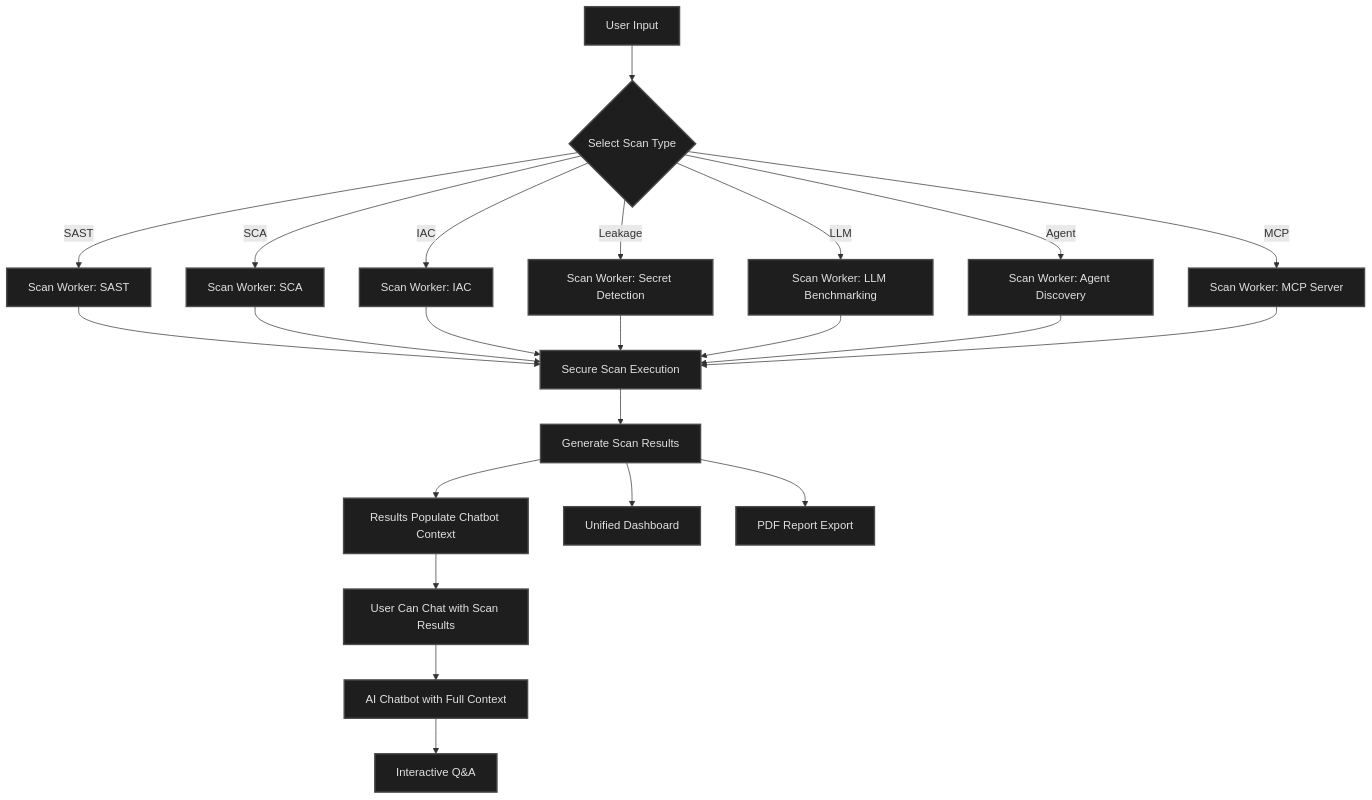
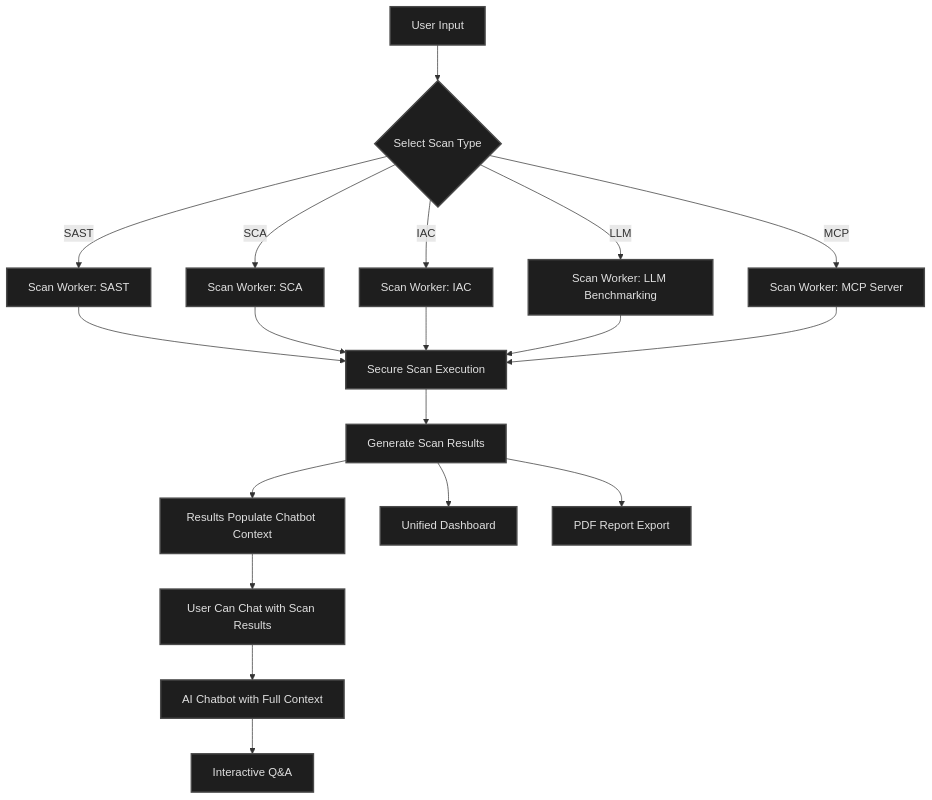
Before and after one commit to CyberUltron-Nikhil/DevSecShield-Public: the first of 4 diagrams in README.md, drawn with Mermaid. The commit also changed other lines of this file, not shown here.

````diff
--- a/README.md
+++ b/README.md
@@ -130,30 +126,26 @@
 ```mermaid
 flowchart TD
     A[User Input] --> B{Select Scan Type}
     B -->|SAST| C[Scan Worker: SAST]
     B -->|SCA| D[Scan Worker: SCA]
     B -->|IAC| E[Scan Worker: IAC]
-    B -->|Leakage| F[Scan Worker: Secret Detection]
     B -->|LLM| G[Scan Worker: LLM Benchmarking]
-    B -->|Agent| H[Scan Worker: Agent Discovery]
     B -->|MCP| I[Scan Worker: MCP Server]
     
     C --> J[Secure Scan Execution]
     D --> J
     E --> J
-    F --> J
     G --> J
-    H --> J
     I --> J
     
     J --> K[Generate Scan Results]
     K --> L[Results Populate Chatbot Context]
     L --> M[User Can Chat with Scan Results]
     M --> N[AI Chatbot with Full Context]
     N --> O[Interactive Q&A]
     
     K --> P[Unified Dashboard]
     K --> Q[PDF Report Export]
     
     classDef default fill:#1e1e1e,stroke:#4a4a4a,stroke-width:2px,color:#e0e0e0
 ```
````
